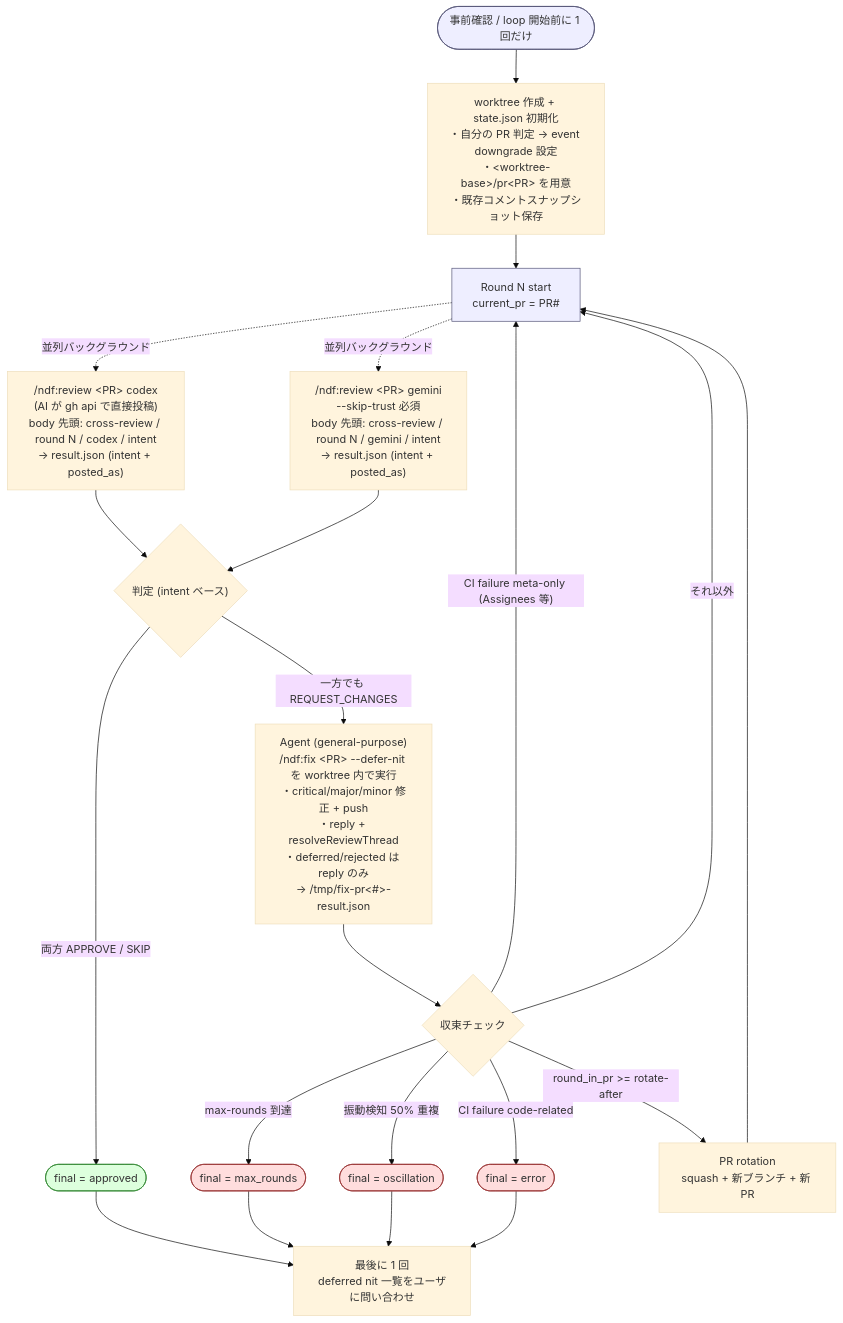
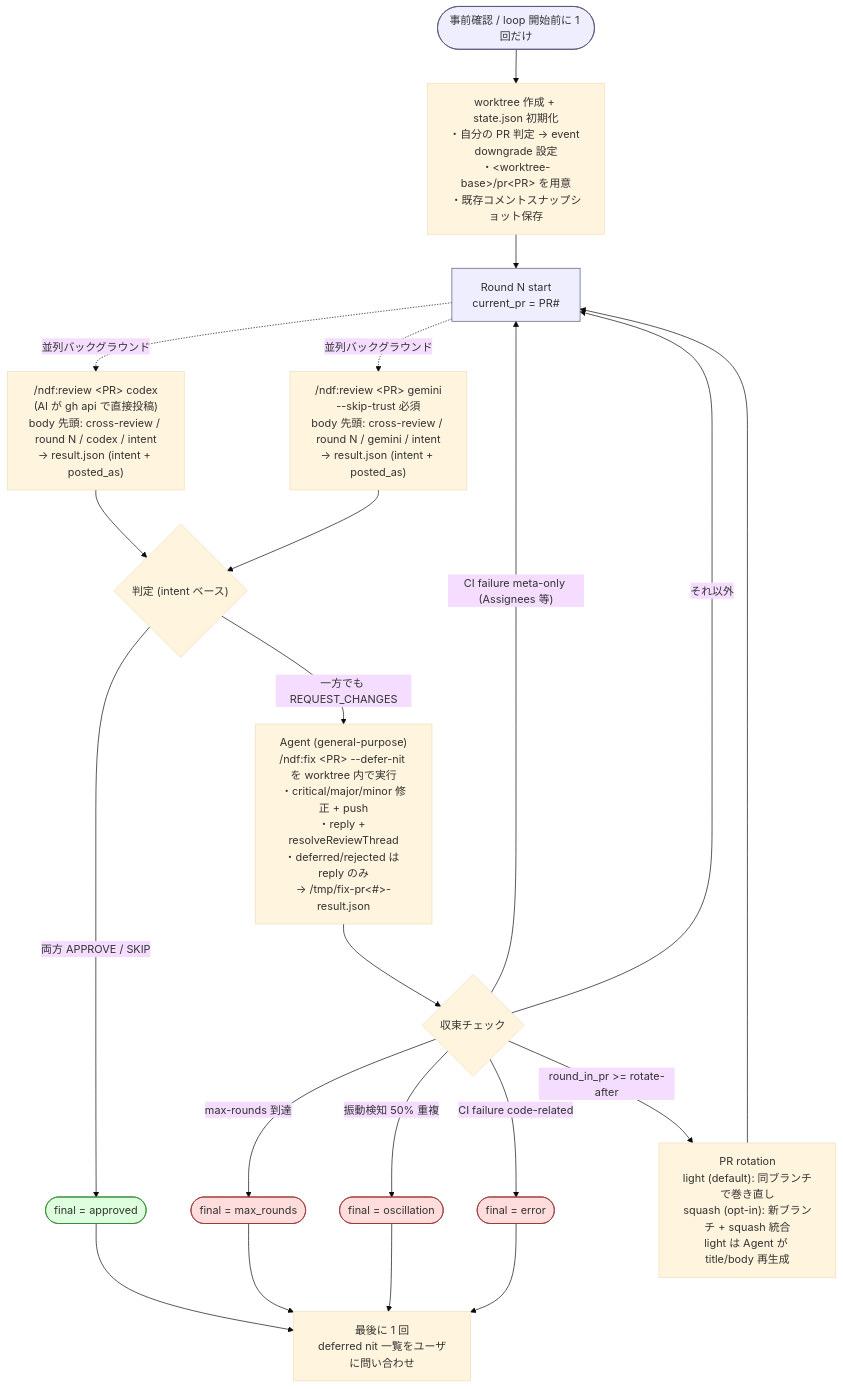
The diagram in plugins/ndf/skills/cross-review/SKILL.md (devbasex/ai-plugins), drawn with Mermaid (base theme) before and after one commit. The commit also changed other lines of this file and 3 other files, not shown here.

First line of the commit message:
Fix: cross-review PR rotation を light モード (default) / squash モード (opt-in) に分割 (REPORT02)

````diff
--- a/plugins/ndf/skills/cross-review/SKILL.md
+++ b/plugins/ndf/skills/cross-review/SKILL.md
@@ -110,32 +117,32 @@
 ```mermaid
 flowchart TD
     Start([事前確認 / loop 開始前に 1 回だけ]):::phase --> Init["worktree 作成 + state.json 初期化<br/>・自分の PR 判定 → event downgrade 設定<br/>・&lt;worktree-base&gt;/pr&lt;PR&gt; を用意<br/>・既存コメントスナップショット保存"]
     Init --> Round["Round N start<br/>current_pr = PR#"]:::phase
 
     Round -.並列バックグラウンド.-> Codex["/ndf:review &lt;PR&gt; codex<br/>(AI が gh api で直接投稿)<br/>body 先頭: cross-review / round N / codex / intent<br/>→ result.json (intent + posted_as)"]
     Round -.並列バックグラウンド.-> Gemini["/ndf:review &lt;PR&gt; gemini<br/>--skip-trust 必須<br/>body 先頭: cross-review / round N / gemini / intent<br/>→ result.json (intent + posted_as)"]
 
     Codex --> Decide{"判定 (intent ベース)"}
     Gemini --> Decide
 
     Decide -->|両方 APPROVE / SKIP| Approved([final = approved]):::ok
     Decide -->|一方でも REQUEST_CHANGES| Fix["Agent (general-purpose)<br/>/ndf:fix &lt;PR&gt; --defer-nit を worktree 内で実行<br/>・critical/major/minor 修正 + push<br/>・reply + resolveReviewThread<br/>・deferred/rejected は reply のみ<br/>→ /tmp/fix-pr&lt;#&gt;-result.json"]
 
     Fix --> Check{収束チェック}
     Check -->|max-rounds 到達| MaxR([final = max_rounds]):::stop
     Check -->|振動検知 50% 重複| Osc([final = oscillation]):::stop
     Check -->|CI failure code-related| Err([final = error]):::stop
     Check -->|"CI failure meta-only (Assignees 等)"| Round
-    Check -->|round_in_pr >= rotate-after| Rotate["PR rotation<br/>squash + 新ブランチ + 新 PR"]
+    Check -->|round_in_pr >= rotate-after| Rotate["PR rotation<br/>light (default): 同ブランチで巻き直し<br/>squash (opt-in): 新ブランチ + squash 統合<br/>light は Agent が title/body 再生成"]
     Check -->|それ以外| Round
     Rotate --> Round
 
     Approved --> Nit[最後に 1 回<br/>deferred nit 一覧をユーザに問い合わせ]
     MaxR --> Nit
     Osc --> Nit
     Err --> Nit
 
     classDef phase fill:#eef,stroke:#557
     classDef ok fill:#dfd,stroke:#383
     classDef stop fill:#fdd,stroke:#933
 ```
````
